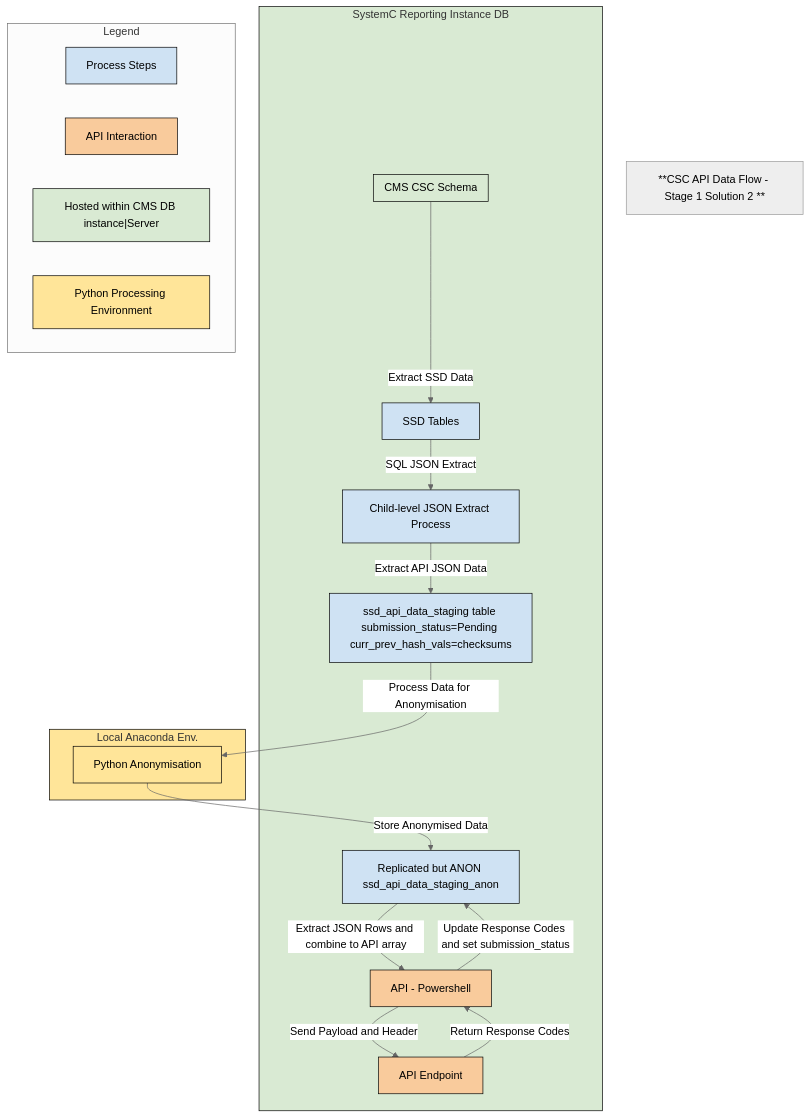
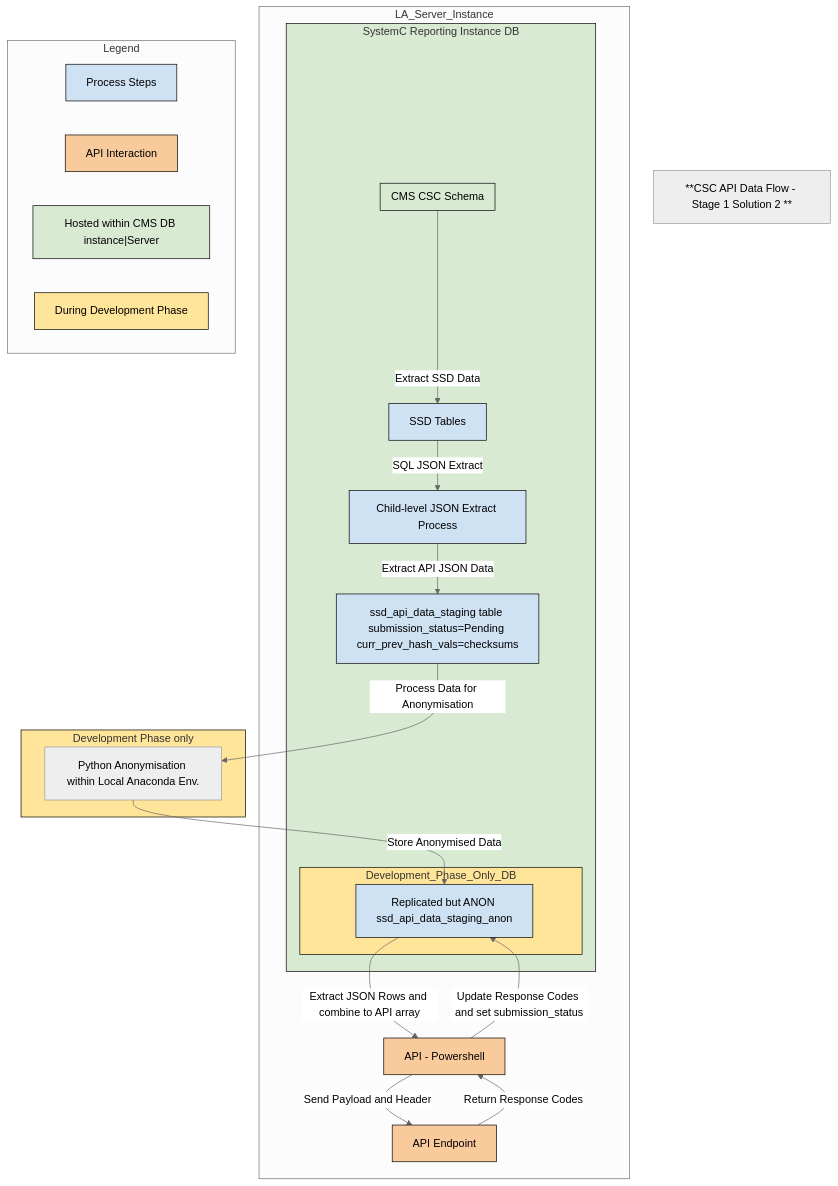
One commit to data-to-insight/dfe-csc-api-data-flows changed the third of 3 diagrams in docs/development_plan.md. Above: the diagram before and after it, drawn with Mermaid (neutral theme). The commit also changed other lines of this file and 6 other files, not shown here.

````diff
--- a/docs/development_plan.md
+++ b/docs/development_plan.md
@@ -195,67 +195,72 @@
 ```mermaid
+
 flowchart TD
 
     Title["**CSC API Data Flow - Stage 1 Solution 2 **"]
 
+subgraph LA_Server_Instance
     %% SystemC Reporting Instance DB (Containing all DB-related and API elements)
     subgraph SystemC_DB ["SystemC Reporting Instance DB"]
         style SystemC_DB fill:#d9ead3,stroke:#000,stroke-width:1px;  %% Light Green, same as CMS CSC Schema
 
         subgraph CMS_CSC_Schema ["CMS CSC Schema"]
         end
         style CMS_CSC_Schema fill:#d9ead3,stroke:#000,stroke-width:1px;  %% Light Green
 
         CMS_CSC_Schema -->|Extract SSD Data| SSD_Tables["SSD Tables"]
 
         %% Child-Level JSON Extract Step
         SSD_Tables -->|SQL JSON Extract| Child_JSON_Extract["Child-level JSON Extract Process"]
         Child_JSON_Extract -->|Extract API JSON Data| Bulk_Populate["ssd_api_data_staging table submission_status=Pending curr_prev_hash_vals=checksums"]
 
+        subgraph Development_Phase_Only_DB
         %% Anonymised Data in DB
         SSD_Staging_Anon["Replicated but ANON ssd_api_data_staging_anon"]
+        end
+    end
 
-        %% API Processing (INSIDE SystemC DB)
+        %% API Processing
         SSD_Staging_Anon -->|Extract JSON Rows and combine to API array| API_Powershell["API - Powershell"]
         API_Powershell -->|Send Payload and Header| API_Endpoint["API Endpoint"]
         API_Endpoint -->|Return Response Codes| API_Powershell
         API_Powershell -->|Update Response Codes and set submission_status| SSD_Staging_Anon
+end
 
-    end
 
     %% Local Anaconda Environment for Python Processing
-    subgraph Local_Anaconda_Env ["Local Anaconda Env."]
-        style Local_Anaconda_Env fill:#ffe599,stroke:#000,stroke-width:1px;  %% Light Yellow
-        Python_Anon["Python Anonymisation"]
+    subgraph Development_Phase_Only_Py ["Development Phase only"]
+        Python_Anon["Python Anonymisation within Local Anaconda Env."]
     end
 
     %% Anonymisation Flow (now separated)
     Bulk_Populate -->|Process Data for Anonymisation| Python_Anon
     Python_Anon -->|Store Anonymised Data| SSD_Staging_Anon
 
     %% Apply Colors Using Class Definitions
     classDef processNode fill:#cfe2f3,stroke:#000,stroke-width:1px;  %% Light Blue for processes
     classDef apiNode fill:#f9cb9c,stroke:#000,stroke-width:1px;  %% Light Orange for API interaction
     classDef hostedNode fill:#d9ead3,stroke:#000,stroke-width:1px;  %% Light Green for Hosted DB elements
     classDef containerNode stroke:#000,stroke-dasharray: 5,5;  %% Dashed border for SystemC Reporting DB
-    classDef pythonEnv fill:#ffe599,stroke:#000,stroke-width:1px;  %% Light Yellow for Python Processing
+    classDef Testing fill:#ffe599,stroke:#000,stroke-width:1px;  %% Light Yellow for Python Processing
 
     %% Assign Classes
     class SystemC_DB hostedNode;
     class CMS_CSC_Schema hostedNode;
     class SSD_Tables,Child_JSON_Extract,Bulk_Populate,SSD_Staging_Anon processNode;
     class API_Powershell,API_Endpoint apiNode;
-    class Local_Anaconda_Env pythonEnv;
+    class Development_Phase_Only_Py Testing;
+    class Development_Phase_Only_DB Testing;
     class Python_Anon pythonEnv;
 
     %% Legend
     subgraph Legend ["Legend"]
         process_key["Process Steps"]
         style process_key fill:#cfe2f3,stroke:#000,stroke-width:1px;
         api_key["API Interaction"]
         style api_key fill:#f9cb9c,stroke:#000,stroke-width:1px;
         hosted_key["Hosted within CMS DB instance|Server"]
         style hosted_key fill:#d9ead3,stroke:#000,stroke-width:1px;
-        python_key["Python Processing Environment"]
+        python_key["During Development Phase"]
         style python_key fill:#ffe599,stroke:#000,stroke-width:1px;
     end
 ```
````
